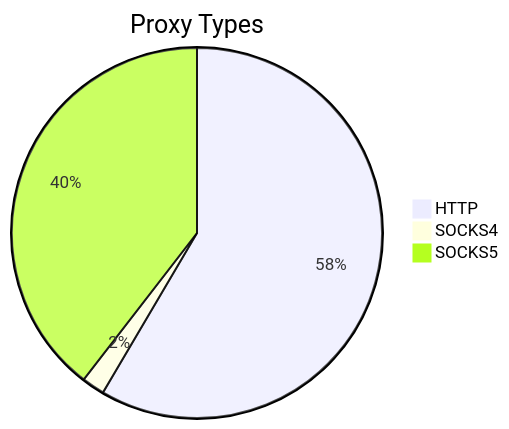
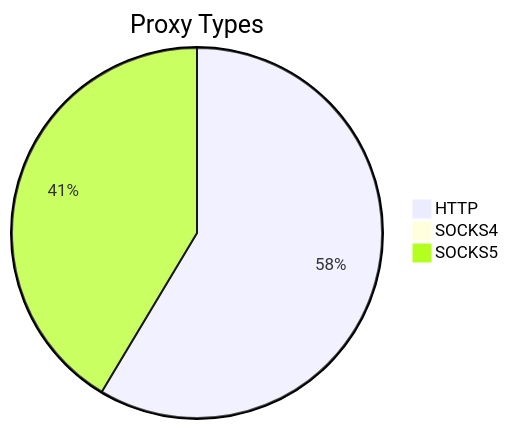
Before and after one commit to stormsia/proxy-list: the first of 2 diagrams in README.md, drawn with Mermaid. The commit also changed other lines of this file, not shown here.

````diff
--- a/README.md
+++ b/README.md
@@ -21,6 +21,6 @@
 ```mermaid
 pie title Proxy Types
-    "HTTP" : 1552
-    "SOCKS4" : 53
-    "SOCKS5" : 1049
+    "HTTP" : 1731
+    "SOCKS4" : 27
+    "SOCKS5" : 1223
 ```
````
